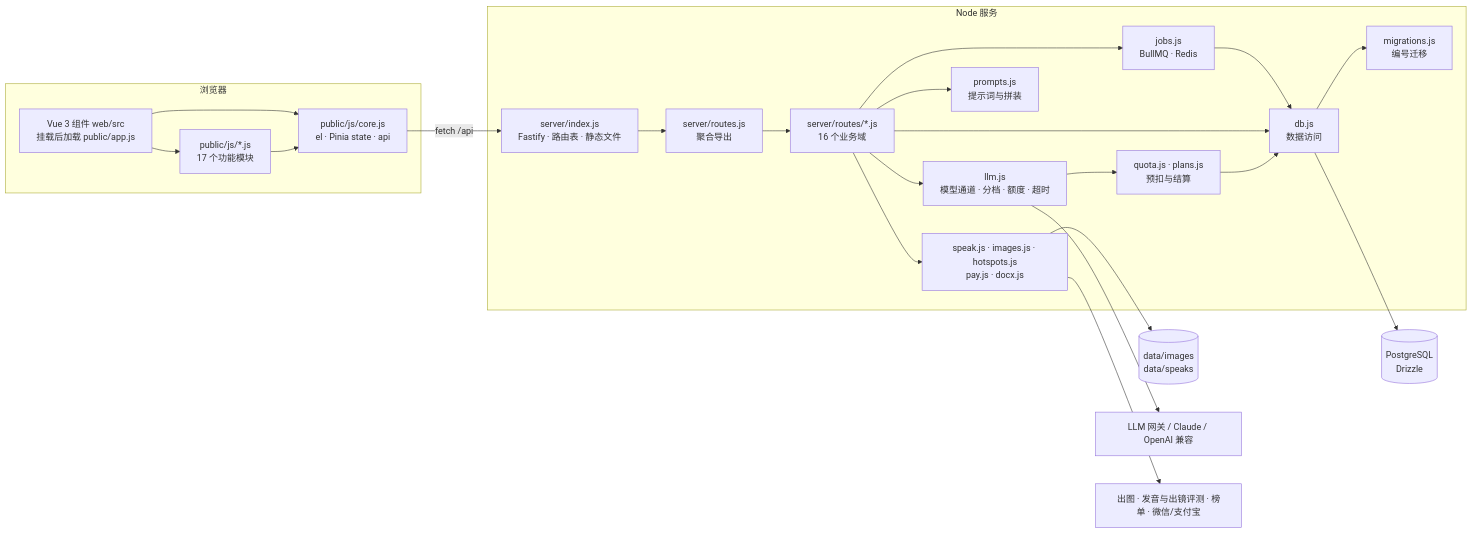
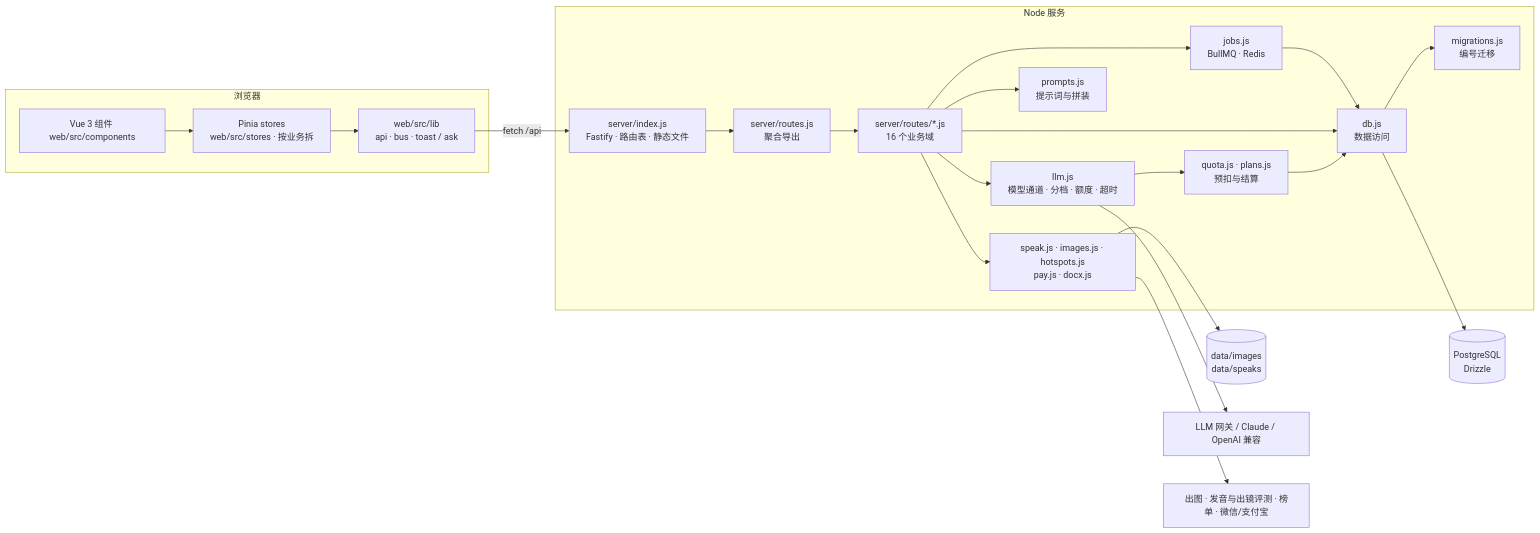
One commit to wjh2113/ip-studio changed the diagram in docs/ARCHITECTURE.md. Above: the diagram before and after it, drawn with Mermaid. The commit also changed other lines of this file and 44 other files, not shown here.

````diff
--- a/docs/ARCHITECTURE.md
+++ b/docs/ARCHITECTURE.md
@@ -8,26 +8,25 @@
 ```mermaid
 flowchart LR
   subgraph 浏览器
-    A[Vue 3 组件 web/src<br/>挂载后加载 public/app.js] --> C[public/js/core.js<br/>el · Pinia state · api]
-    A --> F[public/js/*.js<br/>17 个功能模块]
-    F --> C
+    A[Vue 3 组件 web/src/components] --> F[Pinia stores<br/>web/src/stores · 按业务拆]
+    F --> C[web/src/lib<br/>api · bus · toast / ask]
   end
   subgraph Node 服务
     I[server/index.js<br/>Fastify · 路由表 · 静态文件] --> R[server/routes.js<br/>聚合导出]
     R --> RD[server/routes/*.js<br/>16 个业务域]
     RD --> L[llm.js<br/>模型通道 · 分档 · 额度 · 超时]
     RD --> P[prompts.js<br/>提示词与拼装]
     RD --> S[speak.js · images.js · hotspots.js<br/>pay.js · docx.js]
     RD --> J[jobs.js<br/>BullMQ · Redis]
     J --> D
     L --> Q[quota.js · plans.js<br/>预扣与结算]
     RD --> D[db.js<br/>数据访问]
     Q --> D
     D --> M[migrations.js<br/>编号迁移]
   end
   C -- fetch /api --> I
   D --> DB[(PostgreSQL<br/>Drizzle)]
   S --> FS[(data/images<br/>data/speaks)]
   L --> GW[LLM 网关 / Claude / OpenAI 兼容]
   S --> EXT[出图 · 发音与出镜评测 · 榜单 · 微信/支付宝]
 ```
````
